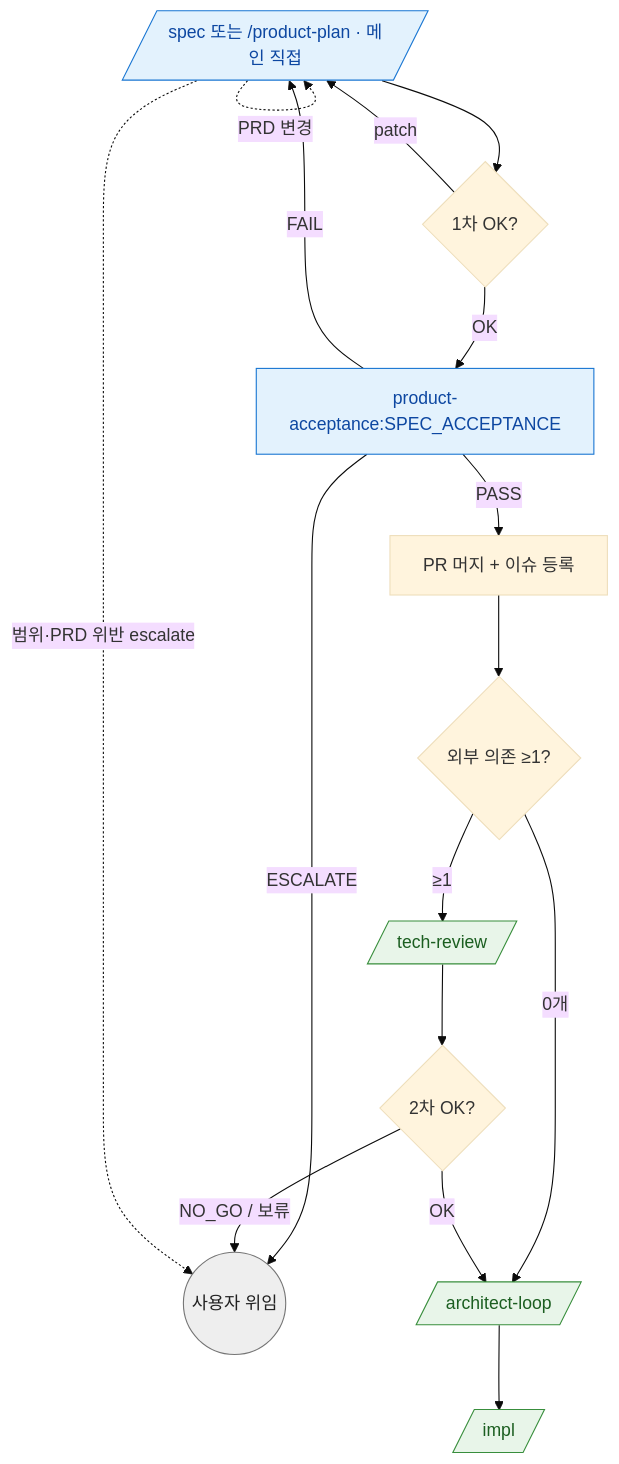
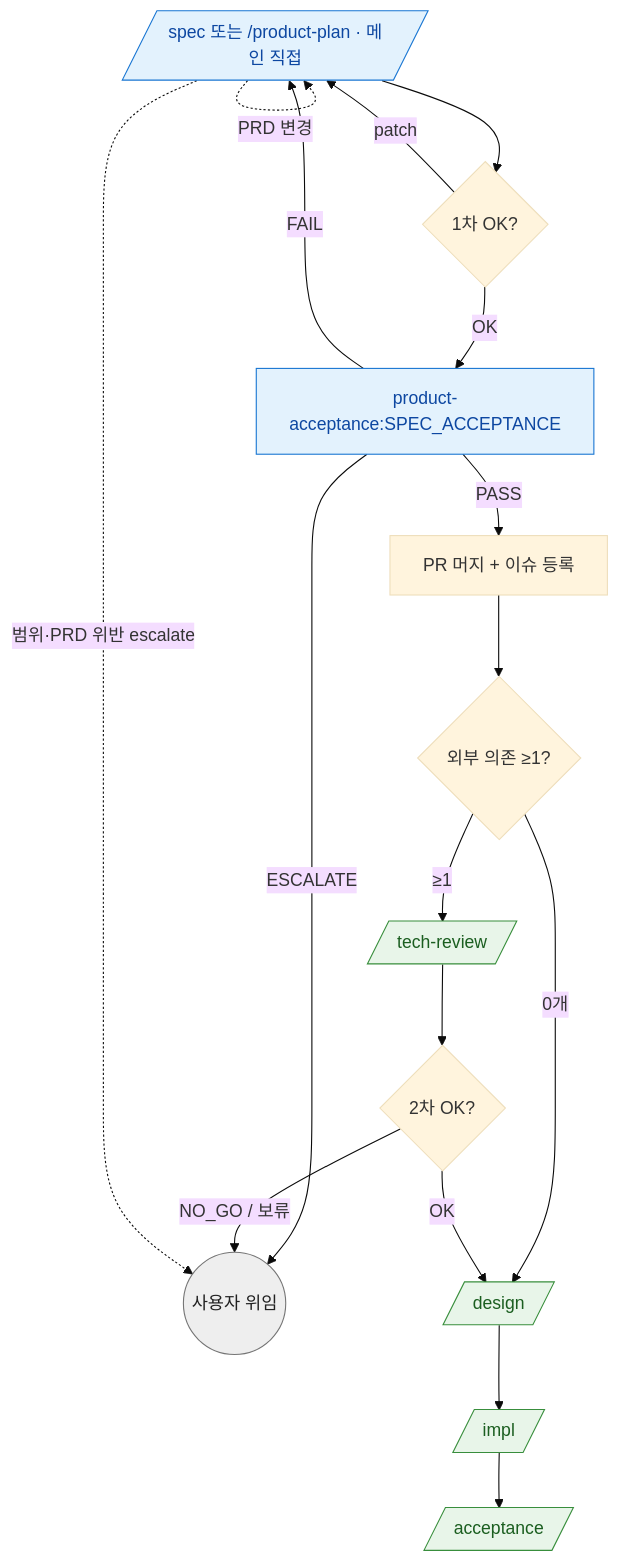
Before and after one commit to alruminum/dcNess: the diagram in skills/product-plan/product-plan-routing.md, drawn with Mermaid (base theme). The commit also changed other lines of this file and 15 other files, not shown here.

````diff
--- a/skills/product-plan/product-plan-routing.md
+++ b/skills/product-plan/product-plan-routing.md
@@ -13,25 +13,26 @@
 ```mermaid
 flowchart TB
   PP[/spec 또는 /product-plan · 메인 직접/] --> CP1{1차 OK?}
   CP1 -->|patch| PP
   CP1 -->|OK| SA[product-acceptance:SPEC_ACCEPTANCE]
   SA -->|FAIL| PP
   SA -->|ESCALATE| U((사용자 위임))
   SA -->|PASS| MERGE[PR 머지 + 이슈 등록]
   MERGE --> DEP{외부 의존 ≥1?}
-  DEP -->|0개| AL[/architect-loop/]
+  DEP -->|0개| AL[/design/]
   DEP -->|≥1| TR[/tech-review/]
   TR --> CP2{2차 OK?}
   CP2 -->|NO_GO / 보류| U((사용자 위임))
   CP2 -->|OK| AL
   AL --> SH[/impl/]
+  SH --> PA[/acceptance/]
   PP -.->|PRD 변경| PP
   PP -.->|범위·PRD 위반 escalate| U
 
   classDef main fill:#e3f2fd,stroke:#1976d2,color:#0d47a1
   classDef next fill:#e8f5e9,stroke:#388e3c,color:#1b5e20
   classDef user fill:#eeeeee,stroke:#757575,color:#212121
   class PP,SA main
-  class TR,AL,SH next
+  class TR,AL,SH,PA next
   class U user
 ```
````
